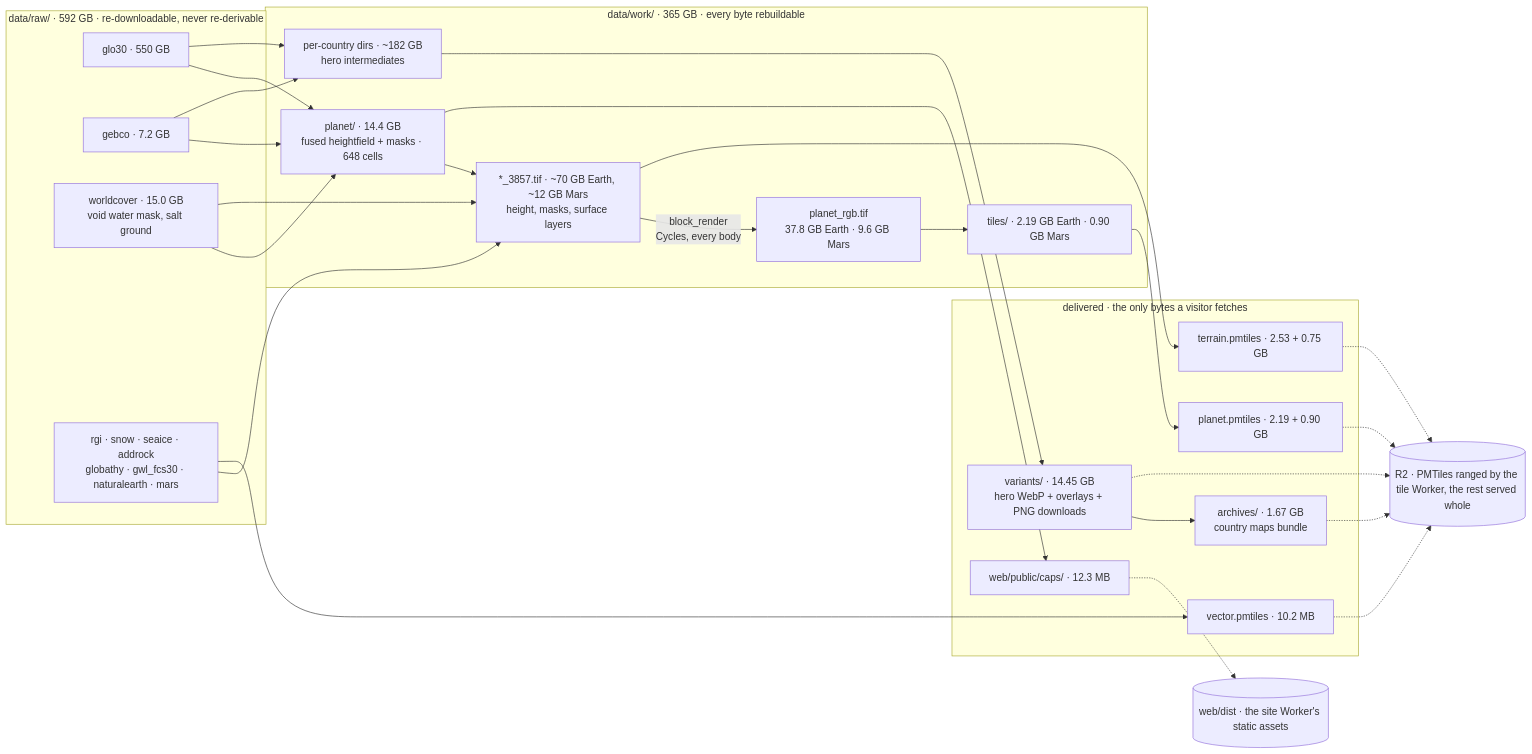
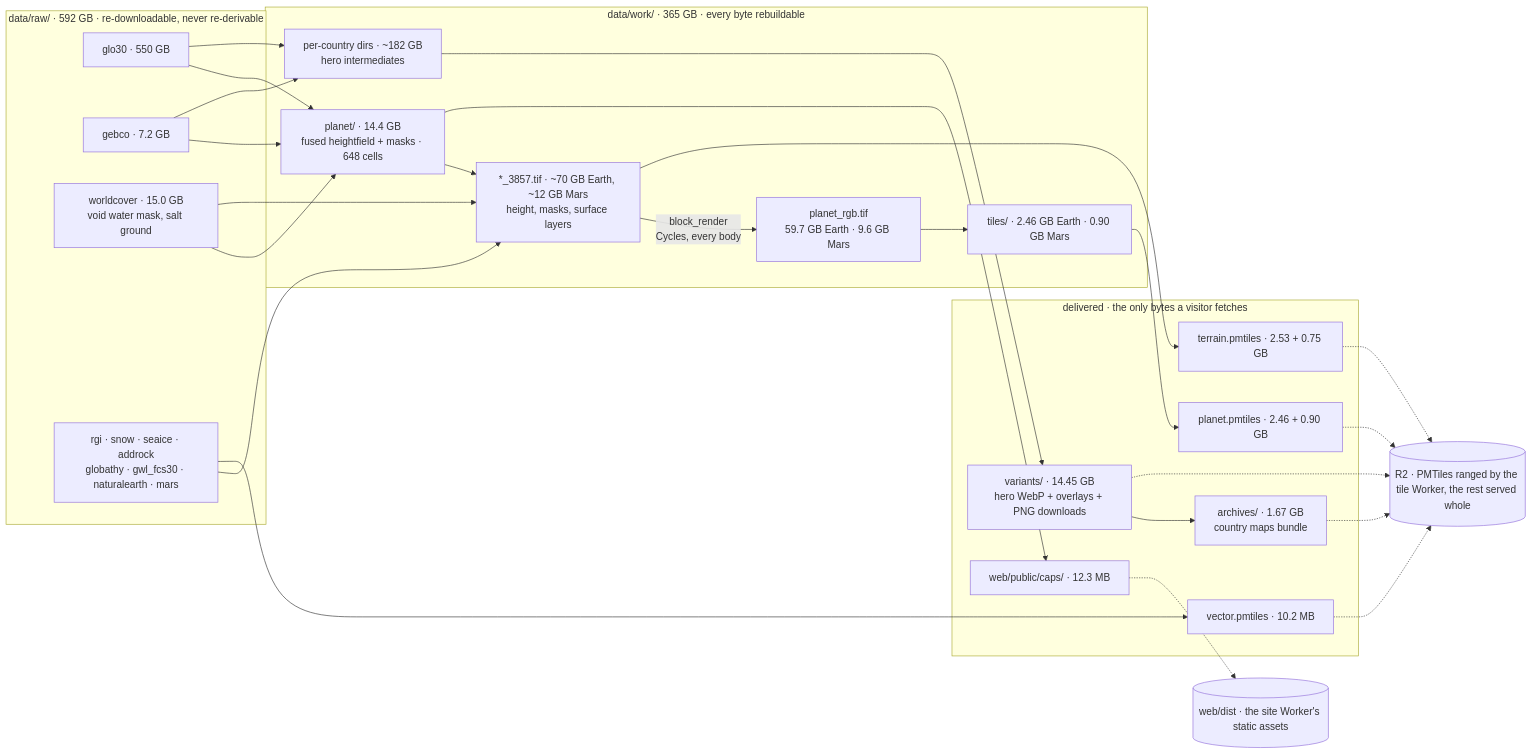
The diagram in docs/INVENTORY.md (Alchez/terrella), drawn with Mermaid before and after one commit. The commit also changed other lines of this file and 4 other files, not shown here.

Commit message:
feat(tiles): Earth's relief ships as planet-v5, with bump shading, the cooler fill and the salt flats

````diff
--- a/docs/INVENTORY.md
+++ b/docs/INVENTORY.md
@@ -32,49 +32,49 @@
 ```mermaid
 flowchart LR
   subgraph SRC["data/raw/ · 592 GB · re-downloadable, never re-derivable"]
     GLO["glo30 · 550 GB"]
     GEB["gebco · 7.2 GB"]
     WCV["worldcover · 15.0 GB<br/>void water mask, salt ground"]
     LAY["rgi · snow · seaice · addrock<br/>globathy · gwl_fcs30 · naturalearth · mars"]
   end
 
   subgraph MID["data/work/ · 365 GB · every byte rebuildable"]
     FUSE["planet/ · 14.4 GB<br/>fused heightfield + masks · 648 cells"]
     W["*_3857.tif · ~70 GB Earth, ~12 GB Mars<br/>height, masks, surface layers"]
-    RGB["planet_rgb.tif<br/>37.8 GB Earth · 9.6 GB Mars"]
-    PYR["tiles/ · 2.19 GB Earth · 0.90 GB Mars"]
+    RGB["planet_rgb.tif<br/>59.7 GB Earth · 9.6 GB Mars"]
+    PYR["tiles/ · 2.46 GB Earth · 0.90 GB Mars"]
     CTRY["per-country dirs · ~182 GB<br/>hero intermediates"]
   end
 
   subgraph OUT["delivered · the only bytes a visitor fetches"]
-    PM["planet.pmtiles · 2.19 + 0.90 GB"]
+    PM["planet.pmtiles · 2.46 + 0.90 GB"]
     TER["terrain.pmtiles · 2.53 + 0.75 GB"]
     VEC["vector.pmtiles · 10.2 MB"]
     CAP["web/public/caps/ · 12.3 MB"]
     HERO["variants/ · 14.45 GB<br/>hero WebP + overlays + PNG downloads"]
     BUN["archives/ · 1.67 GB<br/>country maps bundle"]
   end
 
   GLO --> FUSE
   GEB --> FUSE
   WCV --> FUSE
   FUSE --> W
   LAY --> W
   WCV --> W
   W -->|"block_render<br/>Cycles, every body"| RGB
   RGB --> PYR
   PYR --> PM
   W --> TER
   FUSE --> CAP
   LAY --> VEC
   GLO --> CTRY
   GEB --> CTRY
   CTRY --> HERO
   HERO --> BUN
   PM -.-> R2[("R2 · PMTiles ranged by the tile Worker, the rest served whole")]
   TER -.-> R2
   VEC -.-> R2
   HERO -.-> R2
   BUN -.-> R2
   CAP -.-> SITE[("web/dist · the site Worker's static assets")]
 ```
````
